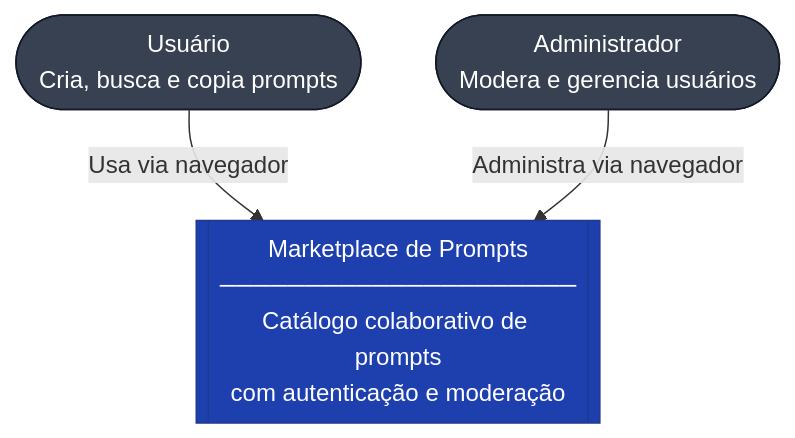
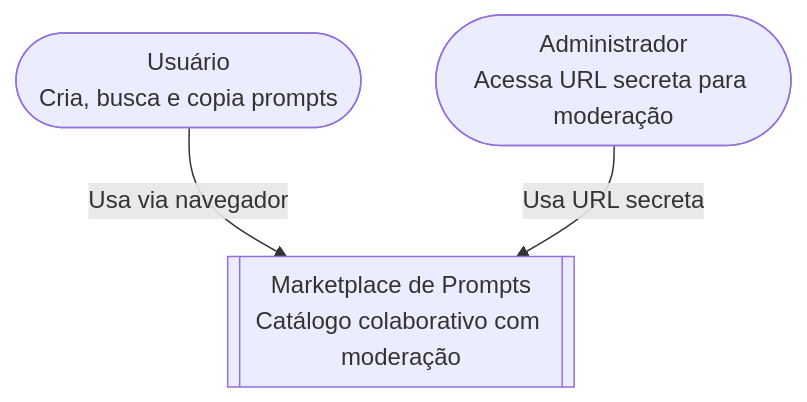
The first of 10 diagrams in README.md (nataliarosa88/marketplace-de-prompts), drawn with Mermaid before and after one commit. The commit also changed other lines of this file and 31 other files, not shown here.

First line of the commit message:
Remove auth flow and switch admin to secret URL.

````diff
--- a/README.md
+++ b/README.md
@@ -75,13 +82,9 @@
 ```mermaid
 graph TB
     U([Usuário\nCria, busca e copia prompts])
-    A([Administrador\nModera e gerencia usuários])
-    MP[["Marketplace de Prompts\n─────────────────────\nCatálogo colaborativo de prompts\ncom autenticação e moderação"]]
+    A([Administrador\nAcessa URL secreta para moderação])
+    MP[["Marketplace de Prompts\nCatálogo colaborativo com moderação"]]
 
     U -->|Usa via navegador| MP
-    A -->|Administra via navegador| MP
-
-    style MP fill:#1e40af,color:#fff,stroke:#1e3a8a
-    style U fill:#374151,color:#fff,stroke:#111827
-    style A fill:#374151,color:#fff,stroke:#111827
+    A -->|Usa URL secreta| MP
 ```
````
